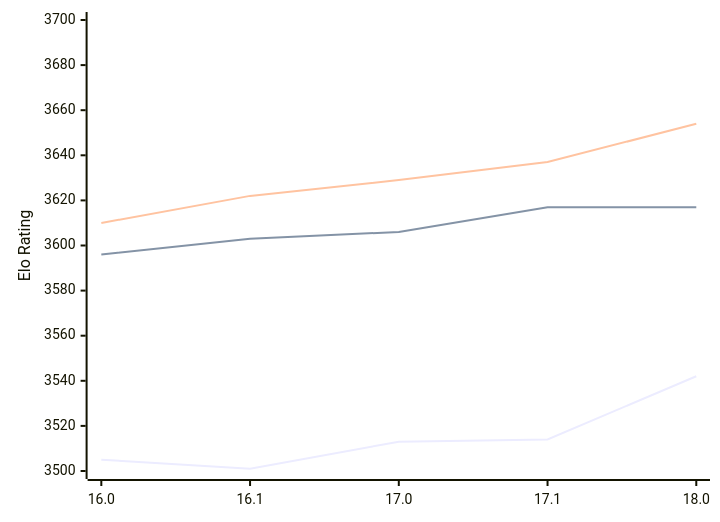
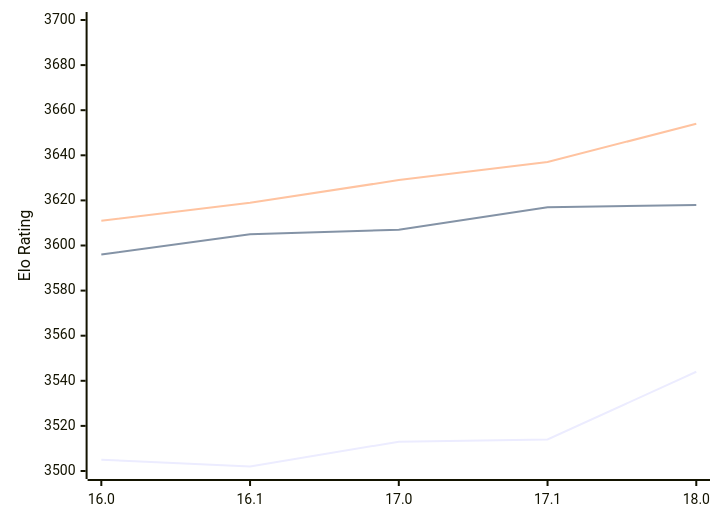
Before and after one commit to computer-chess-index/cci: the diagram in engines/Stockfish.md, drawn with Mermaid. The commit also changed other lines of this file, not shown here.

Commit message:
Update CCI Ratings (ELO VLTC) - 2026-02-12

````diff
--- a/engines/Stockfish.md
+++ b/engines/Stockfish.md
@@ -43,9 +43,9 @@
 ```mermaid
 %%{init: {"theme":"base","themeVariables":{"seriesColors:['#a3a3a3','#222221','#faa371']}}}%%
 xychart-beta
   x-axis ["16.0", "16.1", "17.0", "17.1", "18.0"]
   y-axis "Elo Rating" 3500 --> 3700
-  line "STC (8.0+0.08s)" [3505, 3501, 3513, 3514, 3542]
-  line "LTC (60.0+0.60s)" [3596, 3603, 3606, 3617, 3617]
-  line "VLTC (2m24s+1.12s)" [3610, 3622, 3629, 3637, 3654]
+  line "STC (8.0+0.08s)" [3505, 3502, 3513, 3514, 3544]
+  line "LTC (60.0+0.60s)" [3596, 3605, 3607, 3617, 3618]
+  line "VLTC (2m24s+1.12s)" [3611, 3619, 3629, 3637, 3654]
 ```
````
